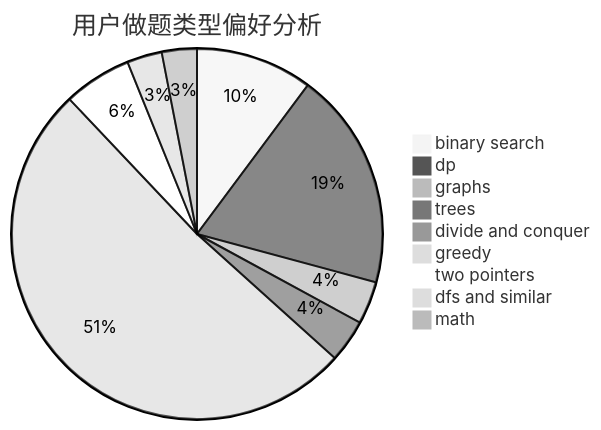
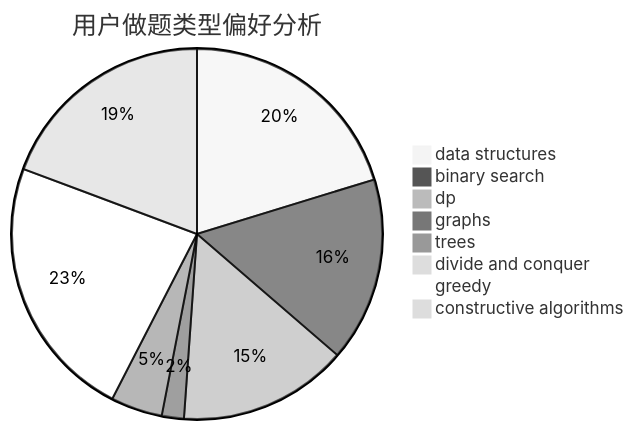
One commit to sherpahu/cfrs.github.io changed the second of 3 diagrams in docs/user/u1701.md. Above: the diagram before and after it, drawn with Mermaid (neutral theme). The commit also changed other lines of this file and 2775 other files, not shown here.

````diff
--- a/docs/user/u1701.md
+++ b/docs/user/u1701.md
@@ -23,12 +23,11 @@
 ```mermaid
 pie title 用户做题类型偏好分析
-    "binary search" :  60
-    "dp" :  112
-    "graphs" :  22
-    "trees" :  22
+    "data structures" :  63
+    "binary search" :  50
+    "dp" :  46
+    "graphs" :  6
+    "trees" :  14
     "divide and conquer" :  0
-    "greedy" :  302
-    "two pointers" :  35
-    "dfs and similar" :  18
-    "math" :  18
+    "greedy" :  72
+    "constructive algorithms" :  60
 ```
````
